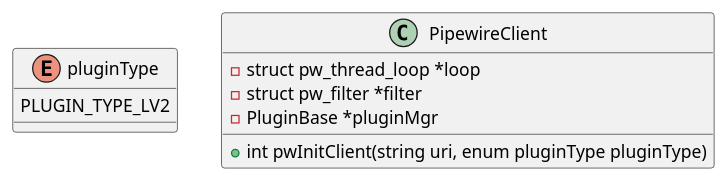
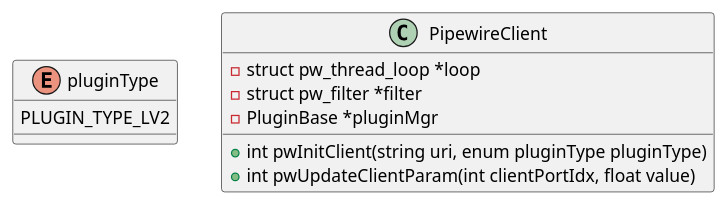
Before and after one commit to abhimanyu-g/calicofx-core: the fifth of 10 diagrams in doc/design.org, drawn with PlantUML. The commit also changed other lines of this file, not shown here.

```diff
--- a/doc/design.org
+++ b/doc/design.org
@@ -100,13 +101,14 @@
 #+begin_src plantuml :file /tmp/calicofx-pw-client-class-dig.png
   @startuml
   enum pluginType{
         PLUGIN_TYPE_LV2
   }
   class PipewireClient{
         -struct pw_thread_loop *loop
         -struct pw_filter *filter
         -PluginBase *pluginMgr
         +int pwInitClient(string uri, enum pluginType pluginType)
+        +int pwUpdateClientParam(int clientPortIdx, float value)
   }
   @enduml
 #+end_src
```
